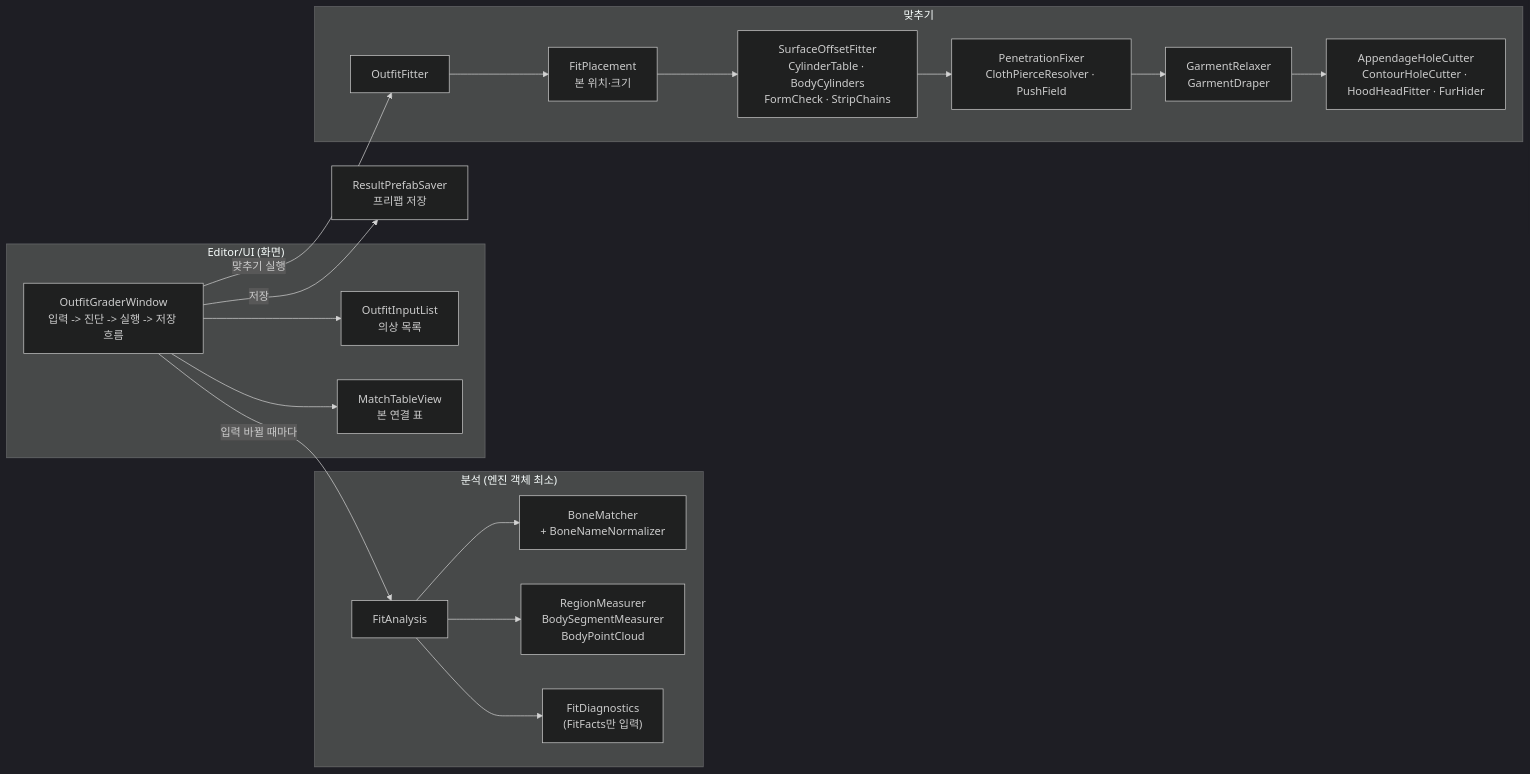
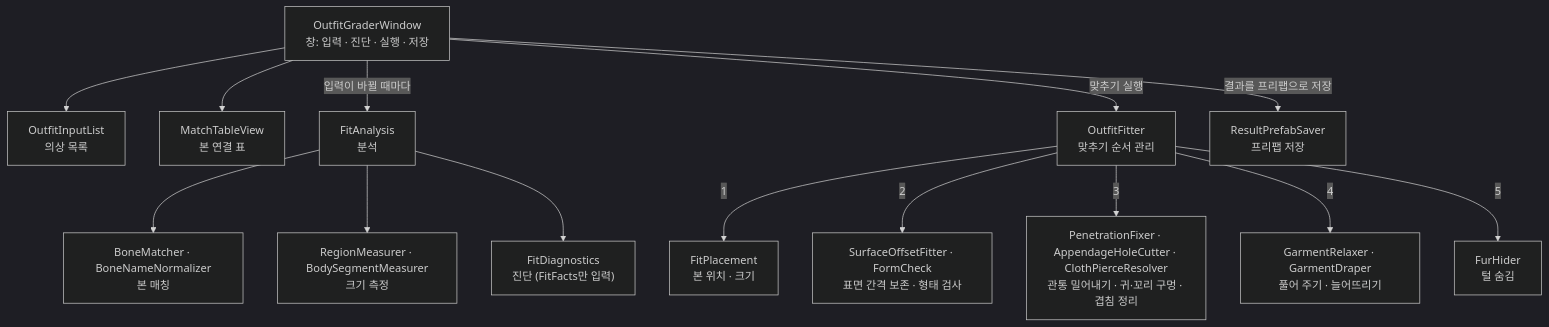
One commit to Ricopam/outfit-grader changed the fourth of 4 diagrams in README.md. Above: the diagram before and after it, drawn with Mermaid (dark theme). The commit also changed other lines of this file, not shown here.

````diff
--- a/README.md
+++ b/README.md
@@ -387,29 +399,17 @@
 ```mermaid
-flowchart LR
-    subgraph UI["Editor/UI (화면)"]
-        W["OutfitGraderWindow<br/>입력 -> 진단 -> 실행 -> 저장 흐름"]
-        L["OutfitInputList<br/>의상 목록"]
-        T["MatchTableView<br/>본 연결 표"]
-    end
-    subgraph AN["분석 (엔진 객체 최소)"]
-        FA["FitAnalysis"]
-        BM["BoneMatcher<br/>+ BoneNameNormalizer"]
-        RM["RegionMeasurer<br/>BodySegmentMeasurer<br/>BodyPointCloud"]
-        FD["FitDiagnostics<br/>(FitFacts만 입력)"]
-    end
-    subgraph FIT["맞추기"]
-        OF["OutfitFitter"]
-        FP["FitPlacement<br/>본 위치·크기"]
-        SO["SurfaceOffsetFitter<br/>CylinderTable · BodyCylinders<br/>FormCheck · StripChains"]
-        PF["PenetrationFixer<br/>ClothPierceResolver · PushField"]
-        RX["GarmentRelaxer<br/>GarmentDraper"]
-        HC["AppendageHoleCutter<br/>ContourHoleCutter · HoodHeadFitter · FurHider"]
-    end
-    SV["ResultPrefabSaver<br/>프리팹 저장"]
-    W --> L & T
-    W -- "입력 바뀔 때마다" --> FA
-    FA --> BM & RM & FD
-    W -- "맞추기 실행" --> OF
-    OF --> FP --> SO --> PF --> RX --> HC
-    W -- "저장" --> SV
+flowchart TD
+    W["OutfitGraderWindow<br/>창: 입력 · 진단 · 실행 · 저장"]
+    W --> L["OutfitInputList<br/>의상 목록"]
+    W --> T["MatchTableView<br/>본 연결 표"]
+    W -->|입력이 바뀔 때마다| FA["FitAnalysis<br/>분석"]
+    FA --> BM["BoneMatcher · BoneNameNormalizer<br/>본 매칭"]
+    FA --> RM["RegionMeasurer · BodySegmentMeasurer<br/>크기 측정"]
+    FA --> FD["FitDiagnostics<br/>진단 (FitFacts만 입력)"]
+    W -->|맞추기 실행| OF["OutfitFitter<br/>맞추기 순서 관리"]
+    OF -->|1| FP["FitPlacement<br/>본 위치 · 크기"]
+    OF -->|2| SO["SurfaceOffsetFitter · FormCheck<br/>표면 간격 보존 · 형태 검사"]
+    OF -->|3| PF["PenetrationFixer · AppendageHoleCutter · ClothPierceResolver<br/>관통 밀어내기 · 귀·꼬리 구멍 · 겹침 정리"]
+    OF -->|4| RX["GarmentRelaxer · GarmentDraper<br/>풀어 주기 · 늘어뜨리기"]
+    OF -->|5| HC["FurHider<br/>털 숨김"]
+    W -->|결과를 프리팹으로 저장| SV["ResultPrefabSaver<br/>프리팹 저장"]
 ```
````
